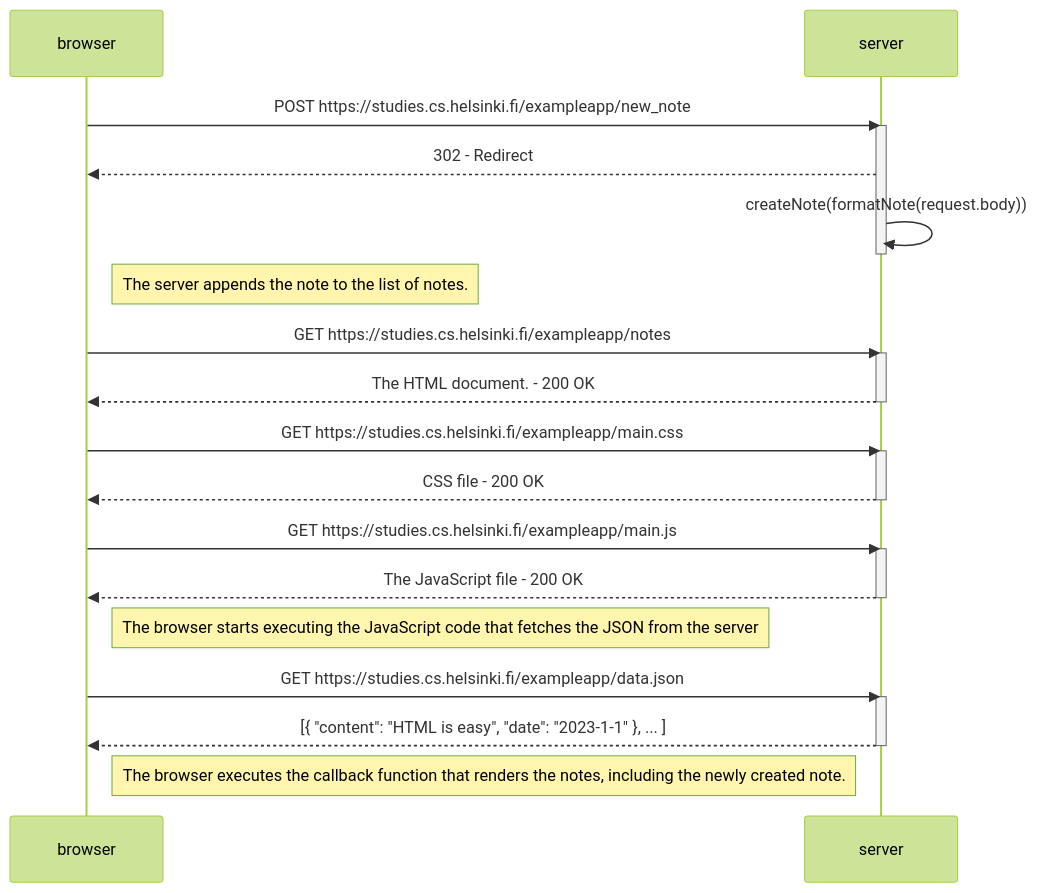
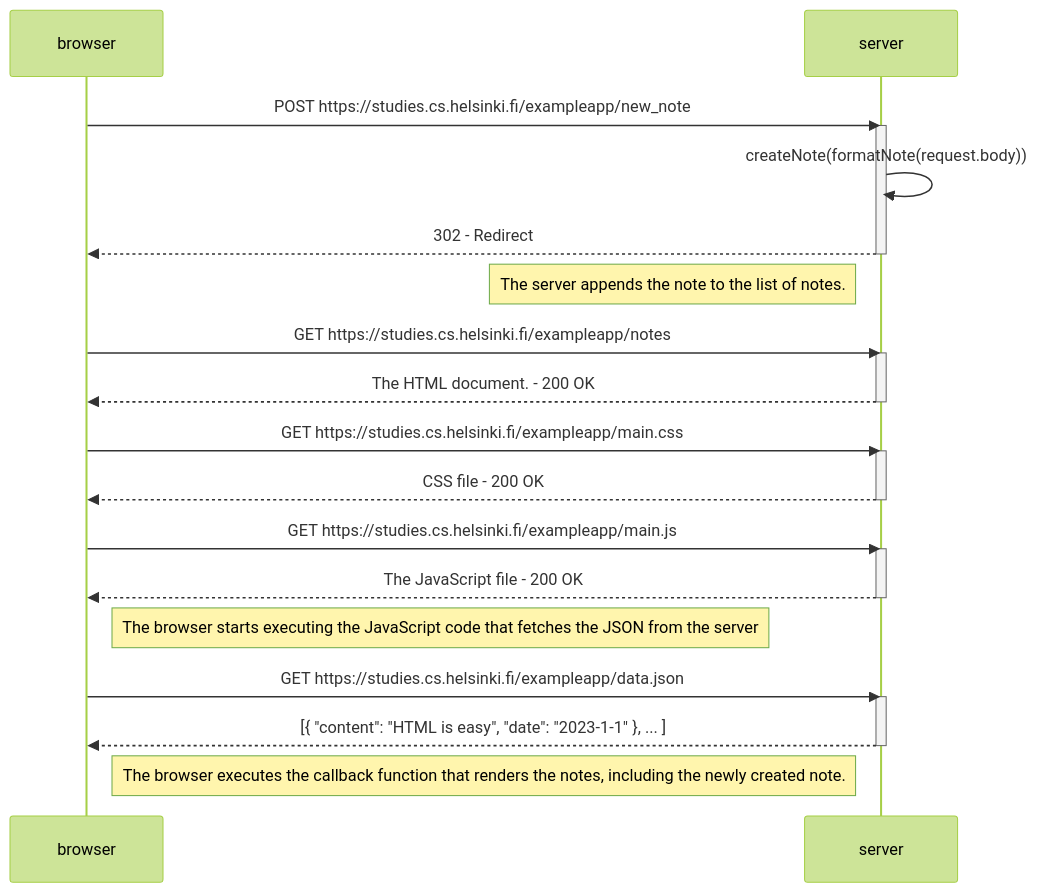
One commit to eskechivoi/FullStackOpen-p012 changed the diagram in part0/04.md. Above: the diagram before and after it, drawn with Mermaid (forest theme).

Commit message:
Updated exercise 04

````diff
--- a/part0/04.md
+++ b/part0/04.md
@@ -1,38 +1,37 @@
 ```mermaid
 sequenceDiagram
     participant browser
     participant server
 
     browser->>server: POST https://studies.cs.helsinki.fi/exampleapp/new_note
     activate server
+    server->>server: createNote(formatNote(request.body))
     server-->>browser: 302 - Redirect
-    
-    server->>server: createNote(formatNote(request.body))
     deactivate server
 
-    Note right of browser: The server appends the note to the list of notes.
+    Note left of server: The server appends the note to the list of notes.
 
     browser->>server: GET https://studies.cs.helsinki.fi/exampleapp/notes
     activate server
     server-->>browser: The HTML document. - 200 OK
     deactivate server
 
     browser->>server: GET https://studies.cs.helsinki.fi/exampleapp/main.css
     activate server
     server-->>browser: CSS file - 200 OK
     deactivate server
 
     browser->>server: GET https://studies.cs.helsinki.fi/exampleapp/main.js
     activate server
     server-->>browser: The JavaScript file - 200 OK
     deactivate server
 
     Note right of browser: The browser starts executing the JavaScript code that fetches the JSON from the server
 
     browser->>server: GET https://studies.cs.helsinki.fi/exampleapp/data.json
     activate server
     server-->>browser: [{ "content": "HTML is easy", "date": "2023-1-1" }, ... ]
     deactivate server
 
     Note right of browser: The browser executes the callback function that renders the notes, including the newly created note.
 ```
````
